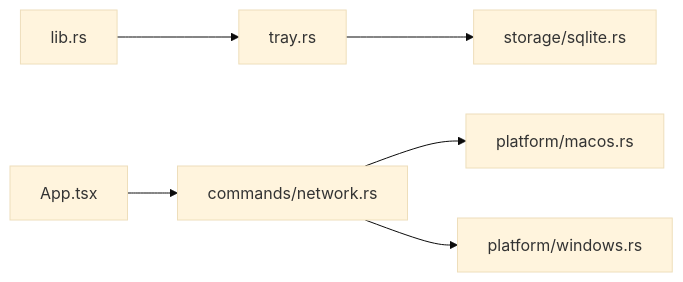
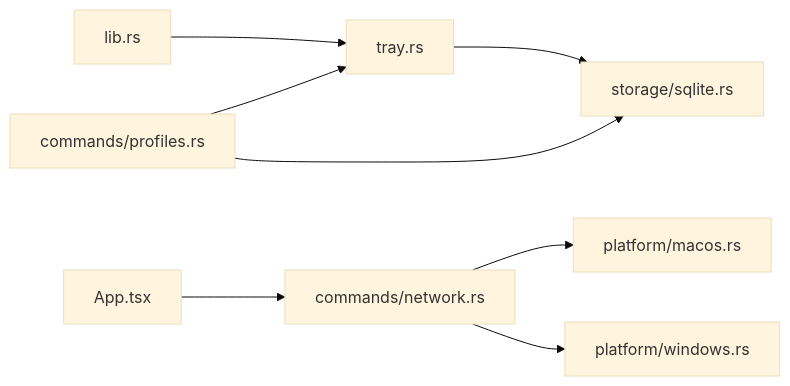
One commit to xdongliang/IPSwitcher changed the sixth of 6 diagrams in .qoder/repowiki/zh/content/系统集成/系统托盘集成.md. Above: the diagram before and after it, drawn with Mermaid (base theme). The commit also changed other lines of this file and 5 other files, not shown here.

````diff
--- a/.qoder/repowiki/zh/content/系统集成/系统托盘集成.md
+++ b/.qoder/repowiki/zh/content/系统集成/系统托盘集成.md
@@ -235,8 +272,10 @@
 ```mermaid
 graph LR
 Lib["lib.rs"] --> Tray["tray.rs"]
 Tray --> Store["storage/sqlite.rs"]
 FE["App.tsx"] --> Cmd["commands/network.rs"]
 Cmd --> PlatMac["platform/macos.rs"]
 Cmd --> PlatWin["platform/windows.rs"]
+Profiles["commands/profiles.rs"] --> Tray
+Profiles --> Store
 ```
````
